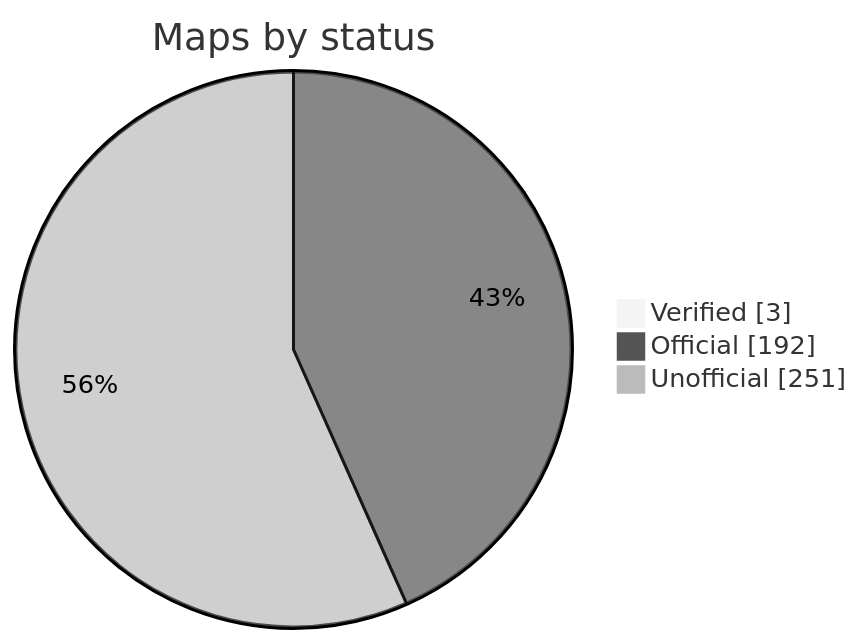
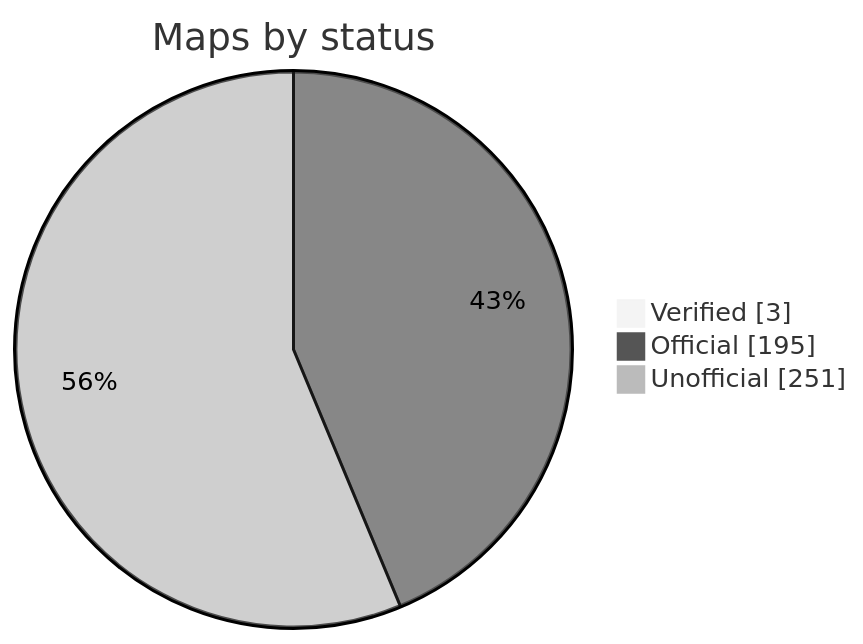
Before and after one commit to nobrega8/mbmap-library: the diagram in README.md, drawn with Mermaid (neutral theme).

Commit message:
Update the status chart

````diff
--- a/README.md
+++ b/README.md
@@ -48,7 +48,7 @@
 ```mermaid
 pie showData
     title Maps by status
     "Verified" : 3
-    "Official" : 192
+    "Official" : 195
     "Unofficial" : 251
 ```
````
